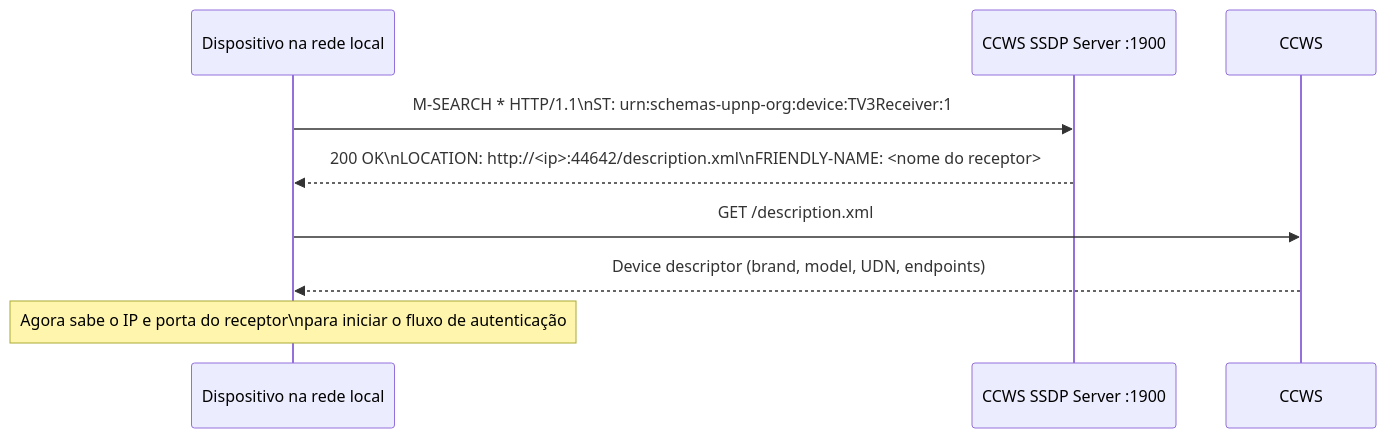
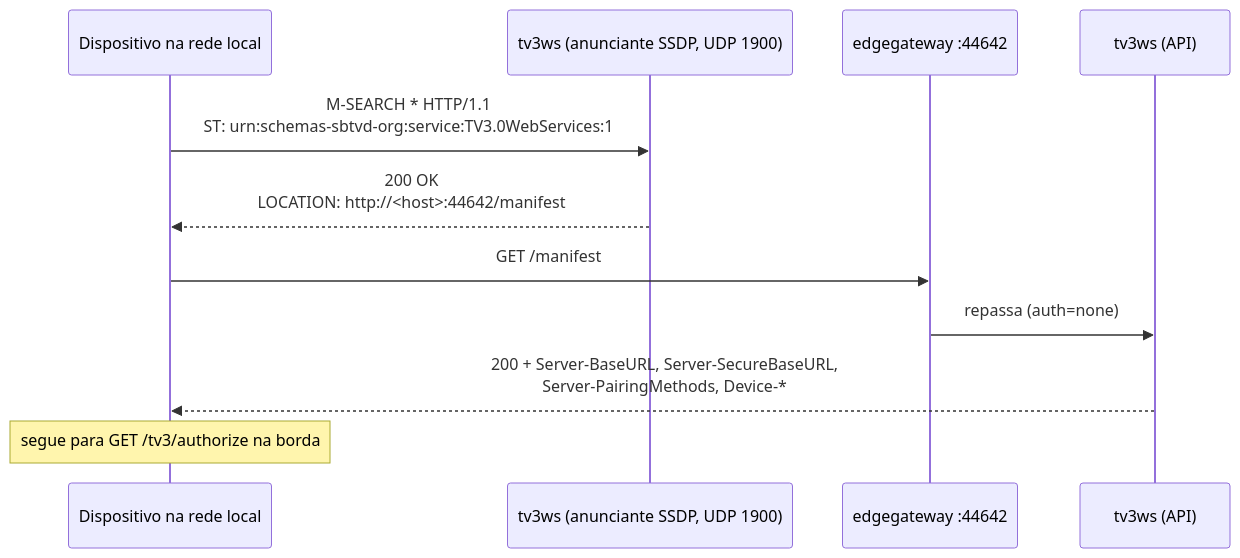
Before and after one commit to multisens/Infra: the third of 3 diagrams in docs/05-autenticacao.md, drawn with Mermaid. The commit also changed other lines of this file and 32 other files, not shown here.

First line of the commit message:
feat: item 9 na borda — plugin tv30-auth (warn/enforce), C.6.8 roteada e /manifest

````diff
--- a/docs/05-autenticacao.md
+++ b/docs/05-autenticacao.md
@@ -110,13 +186,14 @@
 ```mermaid
 sequenceDiagram
     participant C as Dispositivo na rede local
-    participant SSDP as CCWS SSDP Server :1900
-    participant CCWS as CCWS
+    participant S as tv3ws (anunciante SSDP, UDP 1900)
+    participant E as edgegateway :44642
+    participant T as tv3ws (API)
 
-    C->>SSDP: M-SEARCH * HTTP/1.1\nST: urn:schemas-upnp-org:device:TV3Receiver:1
-    SSDP-->>C: 200 OK\nLOCATION: http://<ip>:44642/description.xml\nFRIENDLY-NAME: <nome do receptor>
-
-    C->>CCWS: GET /description.xml
-    CCWS-->>C: Device descriptor (brand, model, UDN, endpoints)
-    Note over C: Agora sabe o IP e porta do receptor\npara iniciar o fluxo de autenticação
+    C->>S: M-SEARCH * HTTP/1.1<br/>ST: urn:schemas-sbtvd-org:service:TV3.0WebServices:1
+    S-->>C: 200 OK<br/>LOCATION: http://<host>:44642/manifest
+    C->>E: GET /manifest
+    E->>T: repassa (auth=none)
+    T-->>C: 200 + Server-BaseURL, Server-SecureBaseURL,<br/>Server-PairingMethods, Device-*
+    Note over C: segue para GET /tv3/authorize na borda
 ```
````
